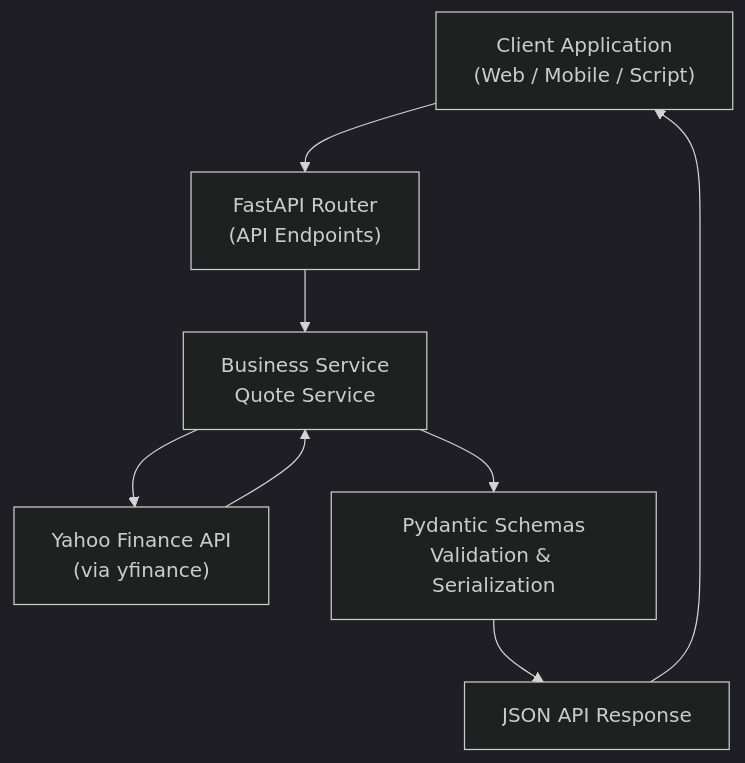
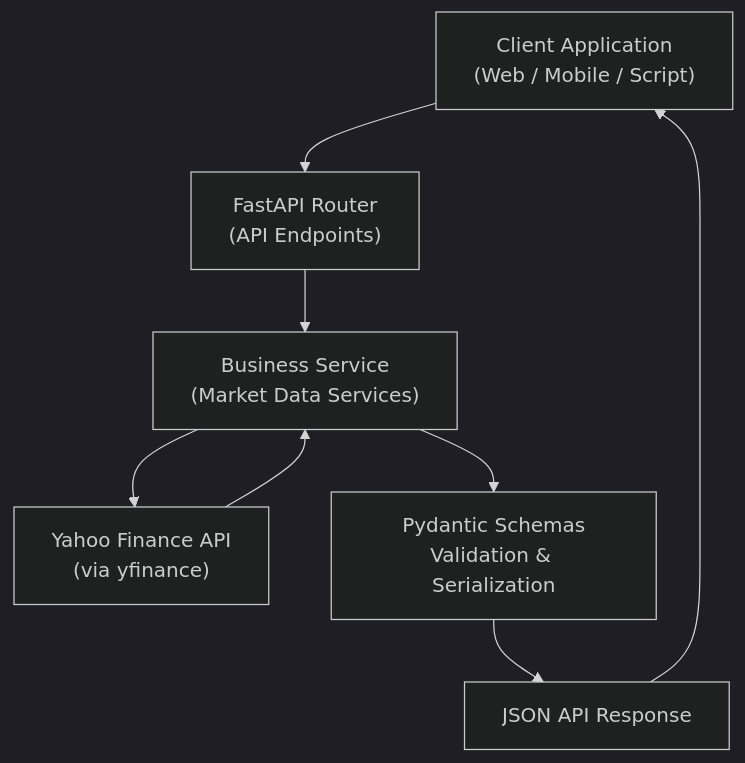
Before and after one commit to herikerbeth/fastb3-api: the diagram in README.md, drawn with Mermaid (dark theme). The commit also changed other lines of this file, not shown here.

````diff
--- a/README.md
+++ b/README.md
@@ -77,28 +97,28 @@
 ```mermaid
 flowchart TD
 
 Client["Client Application
 (Web / Mobile / Script)"]
 
 Router["FastAPI Router
 (API Endpoints)"]
 
 Service["Business Service
-Quote Service"]
+(Market Data Services)"]
 
 External["Yahoo Finance API
 (via yfinance)"]
 
 Schema["Pydantic Schemas
 Validation & Serialization"]
 
 Response["JSON API Response"]
 
 Client --> Router
 Router --> Service
 Service --> External
 External --> Service
 Service --> Schema
 Schema --> Response
 Response --> Client
 ```
````
